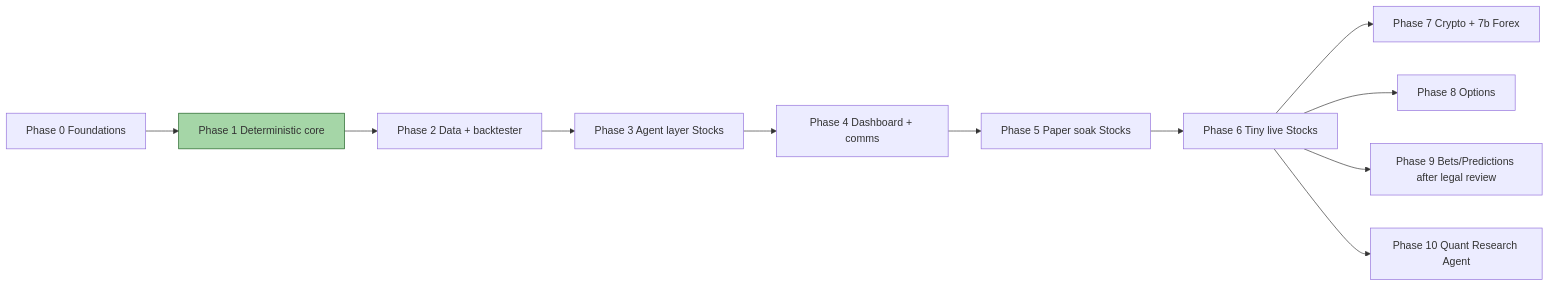
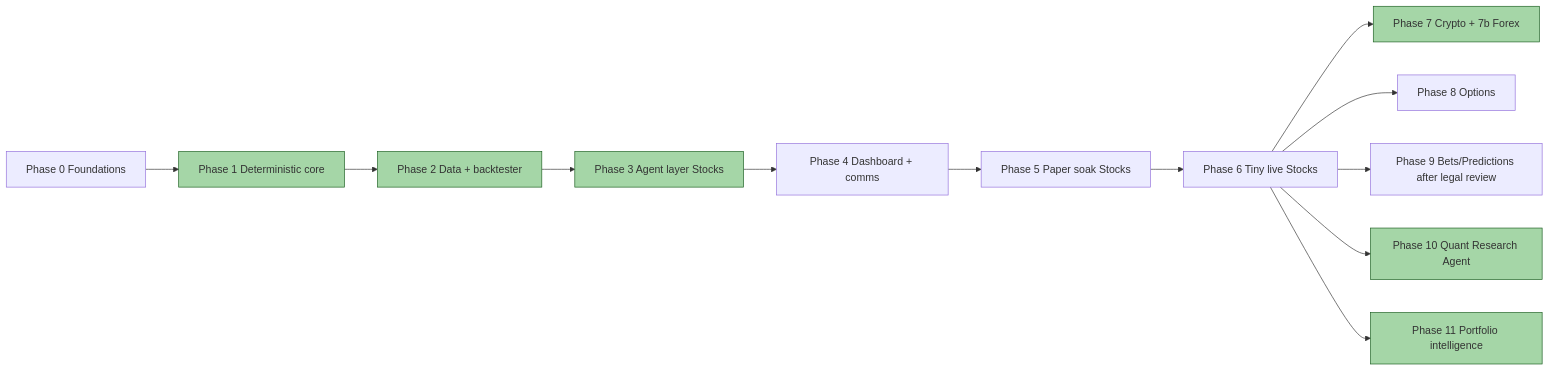
The ninth of 9 diagrams in README.md (ASHIR-TECH/AXEL), drawn with Mermaid before and after one commit. The commit also changed other lines of this file, not shown here.

````diff
--- a/README.md
+++ b/README.md
@@ -496,9 +554,15 @@
 ```mermaid
 flowchart LR
     P0[Phase 0 Foundations] --> P1[Phase 1 Deterministic core] --> P2[Phase 2 Data + backtester] --> P3[Phase 3 Agent layer Stocks] --> P4[Phase 4 Dashboard + comms] --> P5[Phase 5 Paper soak Stocks] --> P6[Phase 6 Tiny live Stocks]
     P6 --> P7[Phase 7 Crypto + 7b Forex]
     P6 --> P8[Phase 8 Options]
     P6 --> P9[Phase 9 Bets/Predictions after legal review]
     P6 --> P10[Phase 10 Quant Research Agent]
+    P6 --> P11[Phase 11 Portfolio intelligence]
     style P1 fill:#a5d6a7,stroke:#1b5e20
+    style P2 fill:#a5d6a7,stroke:#1b5e20
+    style P3 fill:#a5d6a7,stroke:#1b5e20
+    style P7 fill:#a5d6a7,stroke:#1b5e20
+    style P10 fill:#a5d6a7,stroke:#1b5e20
+    style P11 fill:#a5d6a7,stroke:#1b5e20
 ```
````
